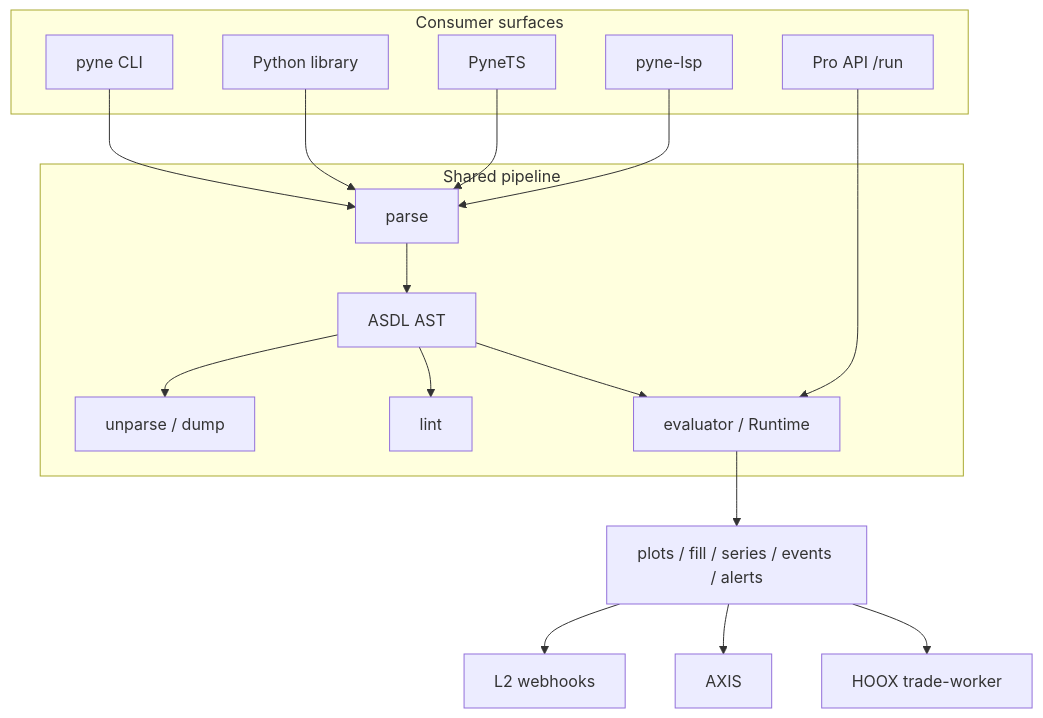
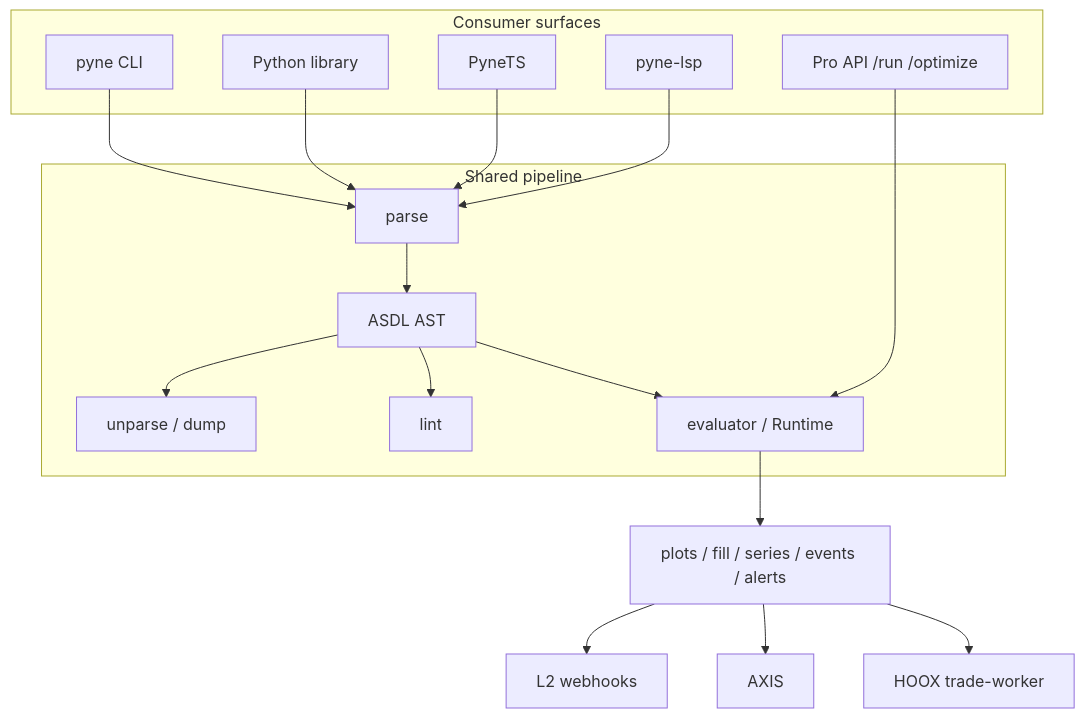
Before and after one commit to hoox-sh/pyne: the diagram in docs/pyne/enduser/index.mdx, drawn with Mermaid. The commit also changed other lines of this file and 34 other files, not shown here.

````diff
--- a/docs/pyne/enduser/index.mdx
+++ b/docs/pyne/enduser/index.mdx
@@ -46,30 +46,30 @@
 ```mermaid
 flowchart TB
   subgraph consumers [Consumer surfaces]
     CLI[pyne CLI]
     LIB[Python library]
     TS[PyneTS]
     LSP[pyne-lsp]
-    HTTP[Pro API /run]
+    HTTP[Pro API /run /optimize]
   end
   subgraph pipeline [Shared pipeline]
     P[parse]
     A[ASDL AST]
     U[unparse / dump]
     L[lint]
     E[evaluator / Runtime]
   end
   CLI --> P
   LIB --> P
   TS --> P
   LSP --> P
   HTTP --> E
   P --> A
   A --> U
   A --> L
   A --> E
   E --> OUT[plots / fill / series / events / alerts]
   OUT --> WH[L2 webhooks]
   OUT --> AXIS[AXIS]
   OUT --> HOOX[HOOX trade-worker]
 ```
````
